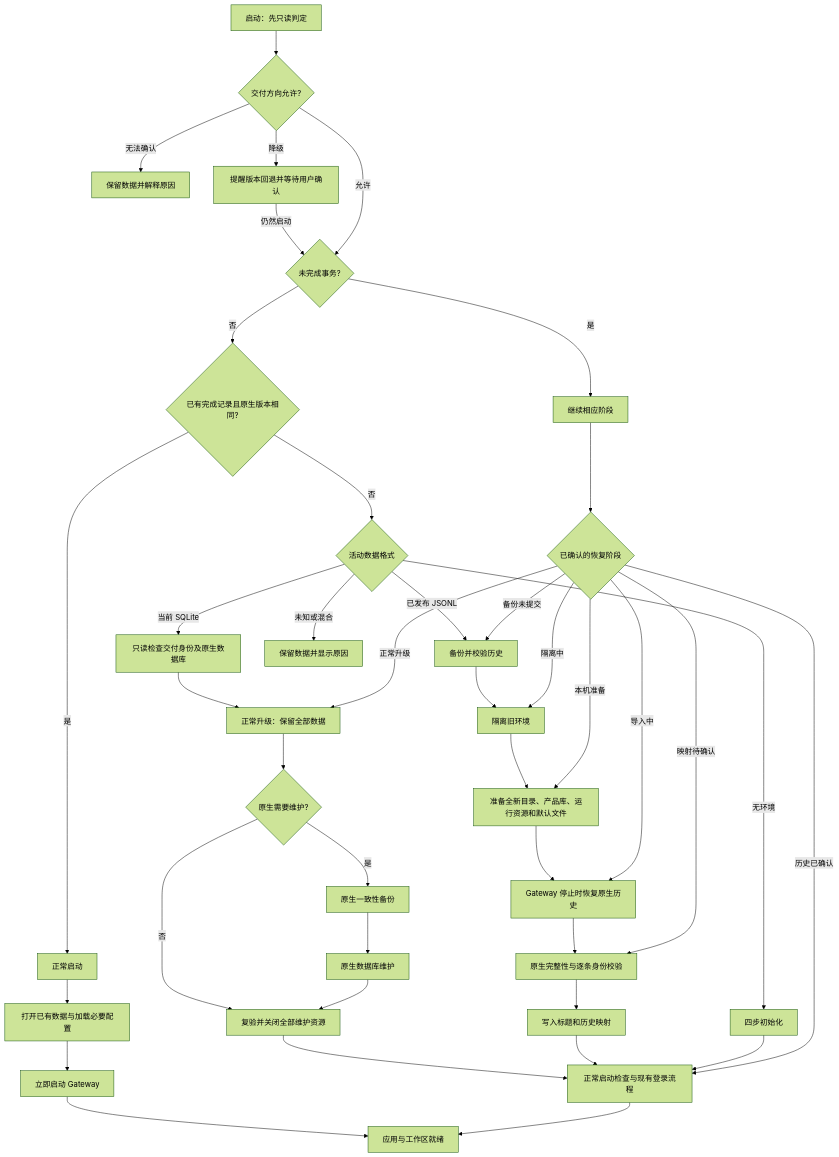
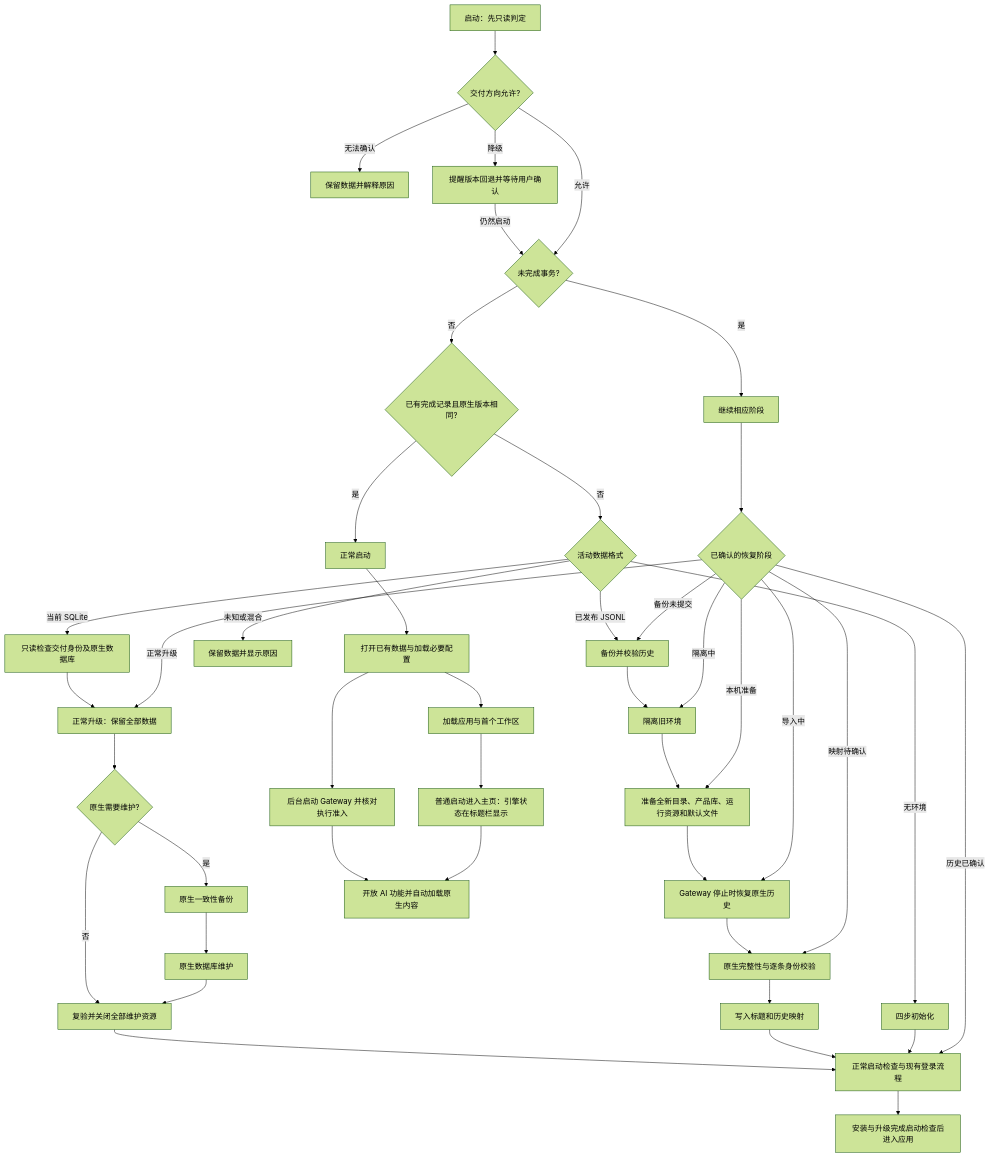
Before and after one commit to liangxhao/JustDo: the diagram in docs/features/app/startup-and-history-upgrade.md, drawn with Mermaid (forest theme). The commit also changed other lines of this file and 77 other files, not shown here.

````diff
--- a/docs/features/app/startup-and-history-upgrade.md
+++ b/docs/features/app/startup-and-history-upgrade.md
@@ -84,42 +87,46 @@
 ```mermaid
 flowchart TD
   Start[启动：先只读判定] --> Direction{交付方向允许?}
   Direction -->|无法确认| Blocked[保留数据并解释原因]
   Direction -->|降级| Confirm[提醒版本回退并等待用户确认]
   Confirm -->|仍然启动| Pending
   Direction -->|允许| Pending{未完成事务?}
   Pending -->|是| Resume[继续相应阶段]
   Pending -->|否| Completed{已有完成记录且原生版本相同?}
   Completed -->|是| Normal[正常启动]
   Completed -->|否| Format{活动数据格式}
   Format -->|无环境| Fresh[四步初始化]
   Format -->|已发布 JSONL| Backup[备份并校验历史]
   Format -->|当前 SQLite| Inspect[只读检查交付身份及原生数据库]
   Inspect --> Upgrade[正常升级：保留全部数据]
   Upgrade --> Schema{原生需要维护?}
   Schema -->|是| NativeBackup[原生一致性备份]
   Schema -->|否| NativeVerify
   NativeBackup --> NativeUpgrade[原生数据库维护]
   NativeUpgrade --> NativeVerify[复验并关闭全部维护资源]
   NativeVerify --> Check
   Format -->|未知或混合| Error[保留数据并显示原因]
   Backup --> Isolate[隔离旧环境]
   Isolate --> Initialize[准备全新目录、产品库、运行资源和默认文件]
   Initialize --> Restore[Gateway 停止时恢复原生历史]
   Restore --> Verify[原生完整性与逐条身份校验]
   Verify --> Metadata[写入标题和历史映射]
   Metadata --> Check[正常启动检查与现有登录流程]
   Fresh --> Check
   Normal --> Config[打开已有数据与加载必要配置]
-  Config --> Gateway[立即启动 Gateway]
-  Gateway --> Ready[应用与工作区就绪]
+  Config --> Gateway[后台启动 Gateway 并核对执行准入]
+  Config --> Shell[加载应用与首个工作区]
+  Shell --> Home[普通启动进入主页：引擎状态在标题栏显示]
+  Gateway --> AI[开放 AI 功能并自动加载原生内容]
+  Home --> AI
+  Ready[安装与升级完成启动检查后进入应用]
   Check --> Ready
   Resume --> Phase{已确认的恢复阶段}
   Phase -->|备份未提交| Backup
   Phase -->|隔离中| Isolate
   Phase -->|本机准备| Initialize
   Phase -->|导入中| Restore
   Phase -->|映射待确认| Verify
   Phase -->|历史已确认| Check
   Phase -->|正常升级| Upgrade
 ```
````
